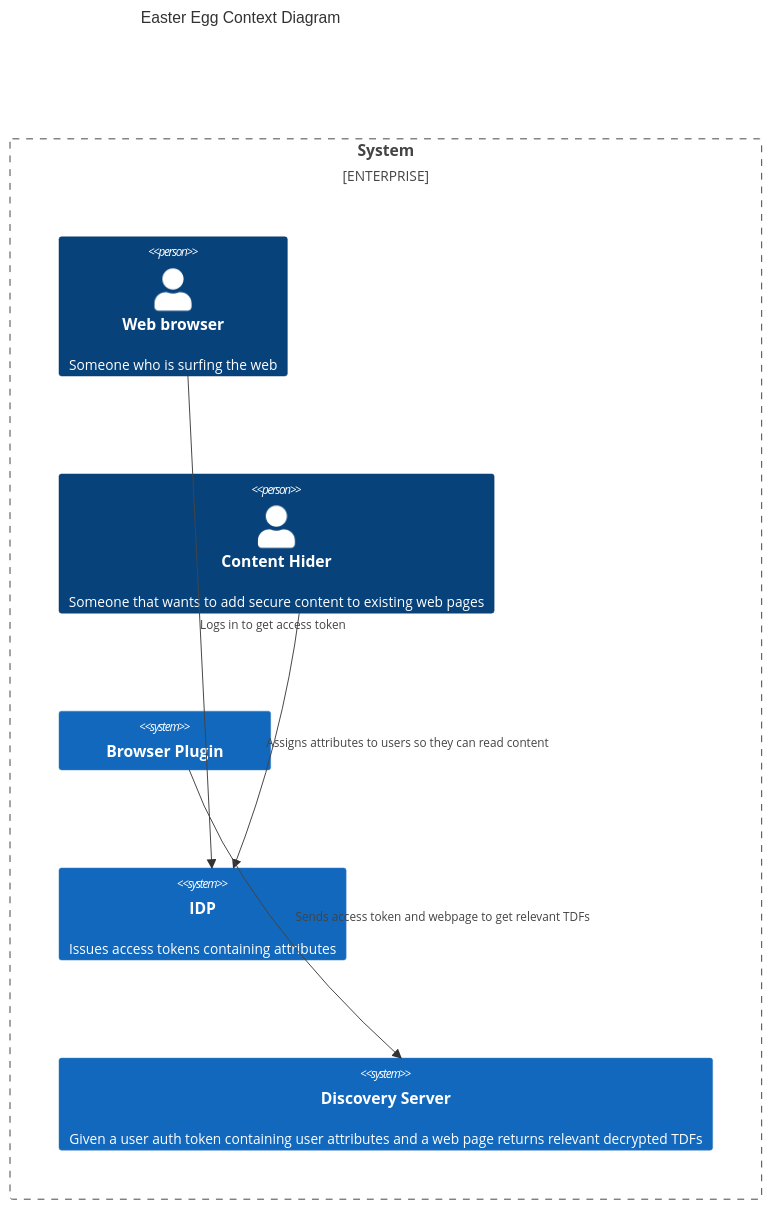
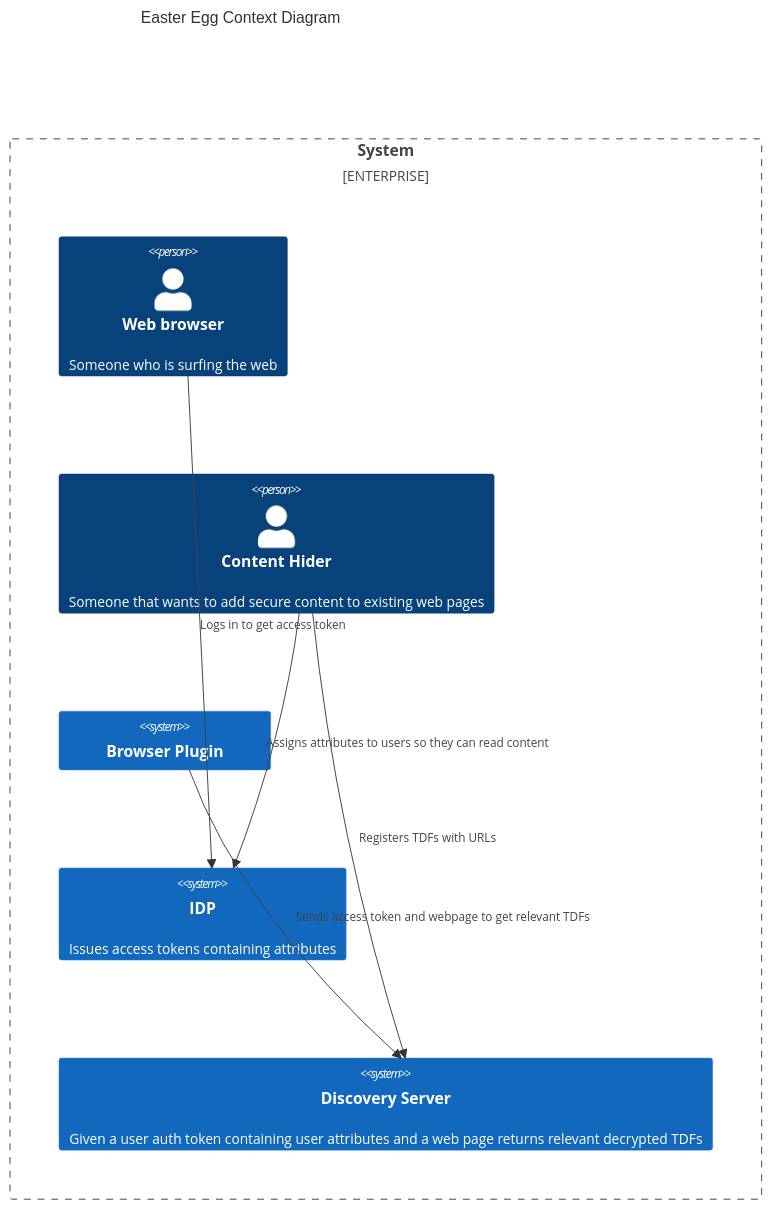
The diagram in README.md (mkleene/secure-easter-egg), drawn with Mermaid before and after one commit.

````diff
--- a/README.md
+++ b/README.md
@@ -4,23 +4,24 @@
 ```mermaid
 C4Context
       title Easter Egg Context Diagram
       Enterprise_Boundary(b0, "System") {
         Person(reader, "Web browser", "Someone who is surfing the web")
         Person(publisher, "Content Hider", "Someone that wants to add secure content to existing web pages")
       
 
         System(plugin, "Browser Plugin", "")
 
 
         System(idp, "IDP", "Issues access tokens containing attributes")
  
         System(discovery_server, "Discovery Server", "Given a user auth token containing user attributes and a web page returns relevant decrypted TDFs")
 
 
         Rel(reader, idp, "Logs in to get access token")
         Rel(publisher, idp, "Assigns attributes to users so they can read content")
+        Rel(publisher, discovery_server, "Registers TDFs with URLs")
         Rel(plugin, discovery_server, "Sends access token and webpage to get relevant TDFs")
 }
 
       
 ```
````
